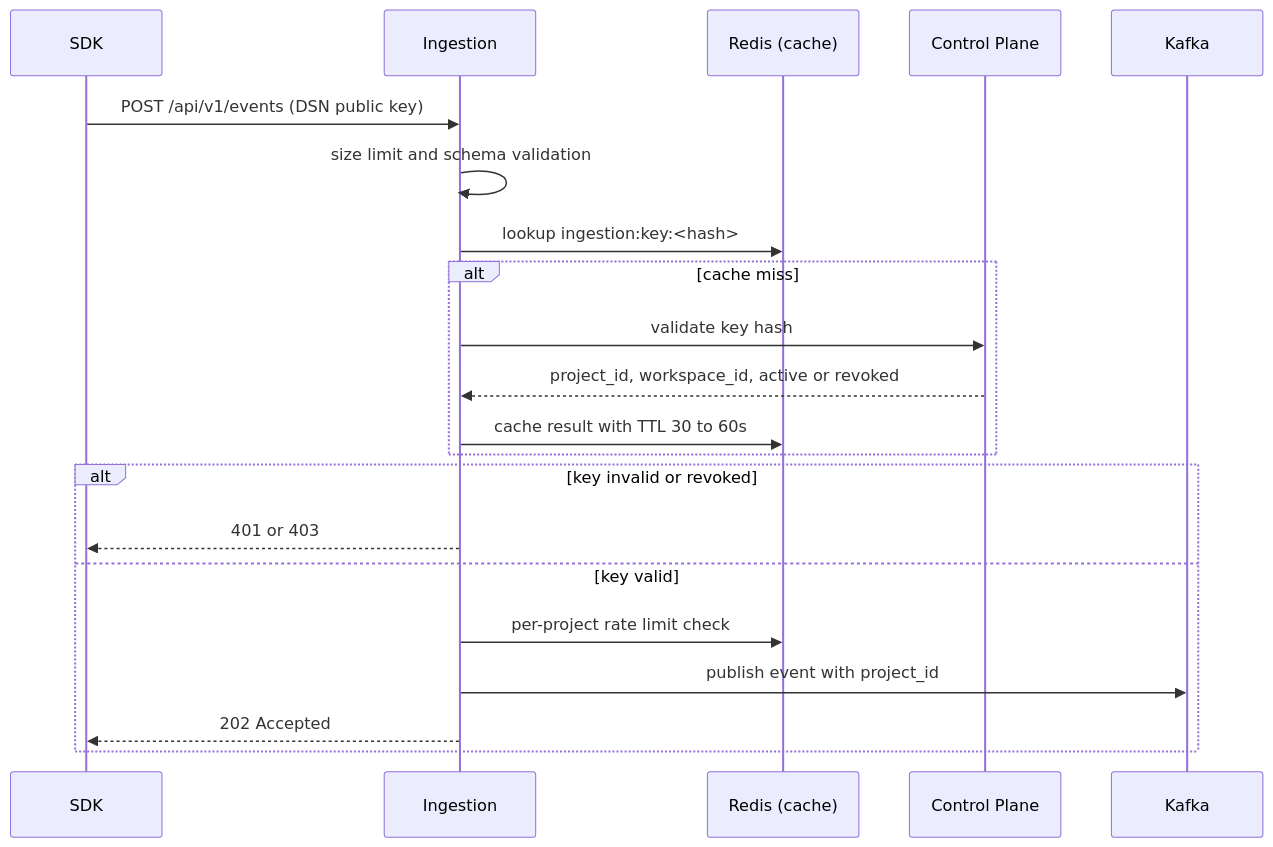
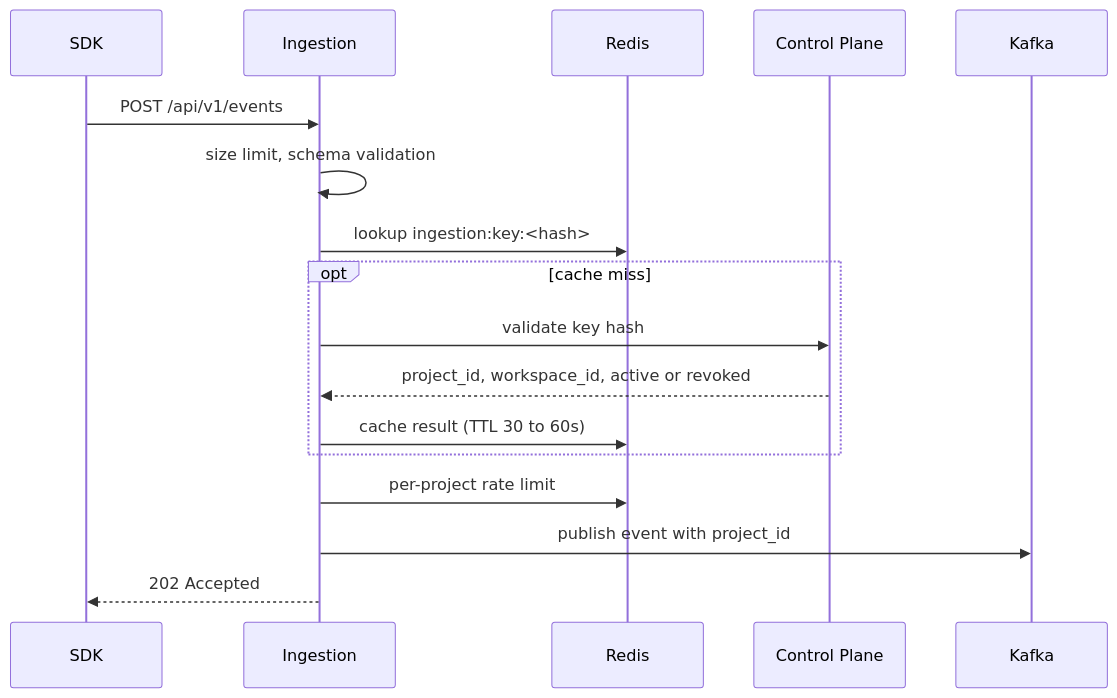
The diagram in docs/architecture/ingestion-auth.md (abhinavashokm/faultline-incident-platform), drawn with Mermaid before and after one commit. The commit also changed other lines of this file and 1 other file, not shown here.

Commit message:
docs(auth): update SDK and user authentication documentation for clarity and consistency

````diff
--- a/docs/architecture/ingestion-auth.md
+++ b/docs/architecture/ingestion-auth.md
@@ -43,24 +25,20 @@
 ```mermaid
 sequenceDiagram
   participant SDK
   participant ING as Ingestion
-  participant R as Redis (cache)
+  participant R as Redis
   participant CP as Control Plane
   participant K as Kafka
 
-  SDK->>ING: POST /api/v1/events (DSN public key)
-  ING->>ING: size limit and schema validation
+  SDK->>ING: POST /api/v1/events
+  ING->>ING: size limit, schema validation
   ING->>R: lookup ingestion:key:<hash>
-  alt cache miss
+  opt cache miss
     ING->>CP: validate key hash
     CP-->>ING: project_id, workspace_id, active or revoked
-    ING->>R: cache result with TTL 30 to 60s
+    ING->>R: cache result (TTL 30 to 60s)
   end
-  alt key invalid or revoked
-    ING-->>SDK: 401 or 403
-  else key valid
-    ING->>R: per-project rate limit check
-    ING->>K: publish event with project_id
-    ING-->>SDK: 202 Accepted
-  end
+  ING->>R: per-project rate limit
+  ING->>K: publish event with project_id
+  ING-->>SDK: 202 Accepted
 ```
````
